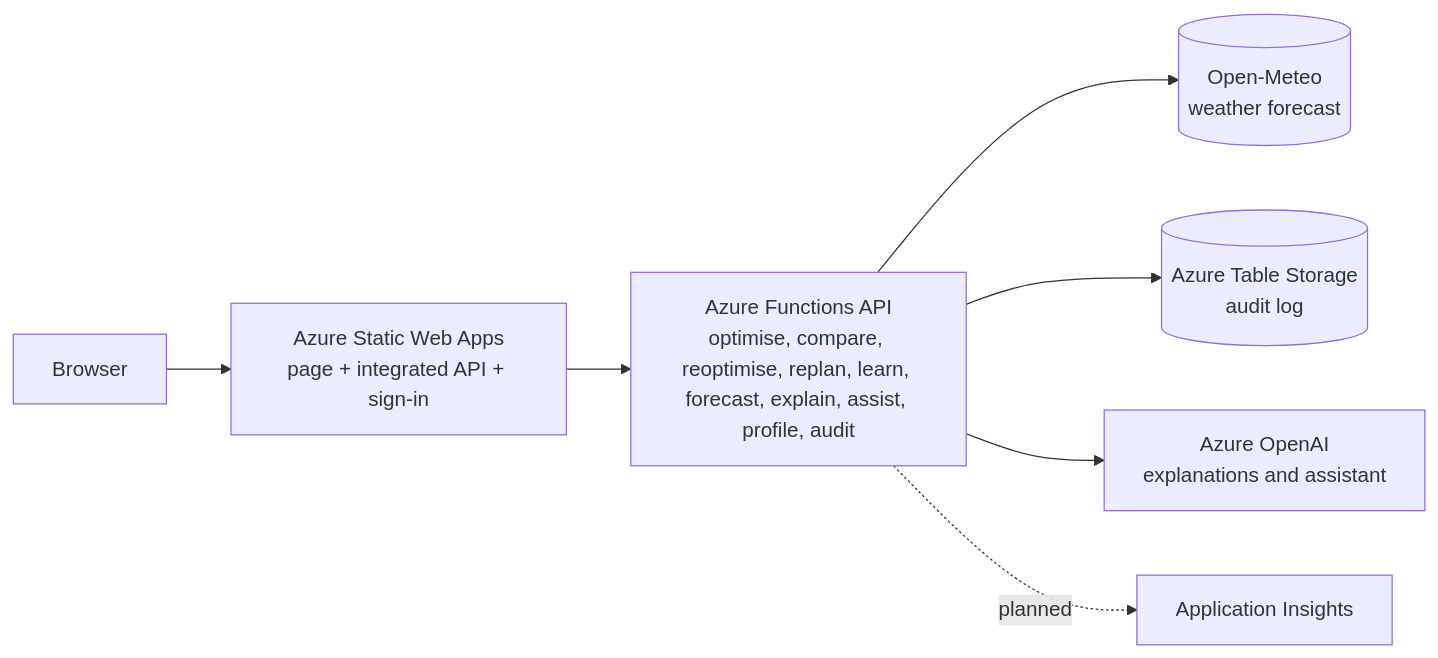
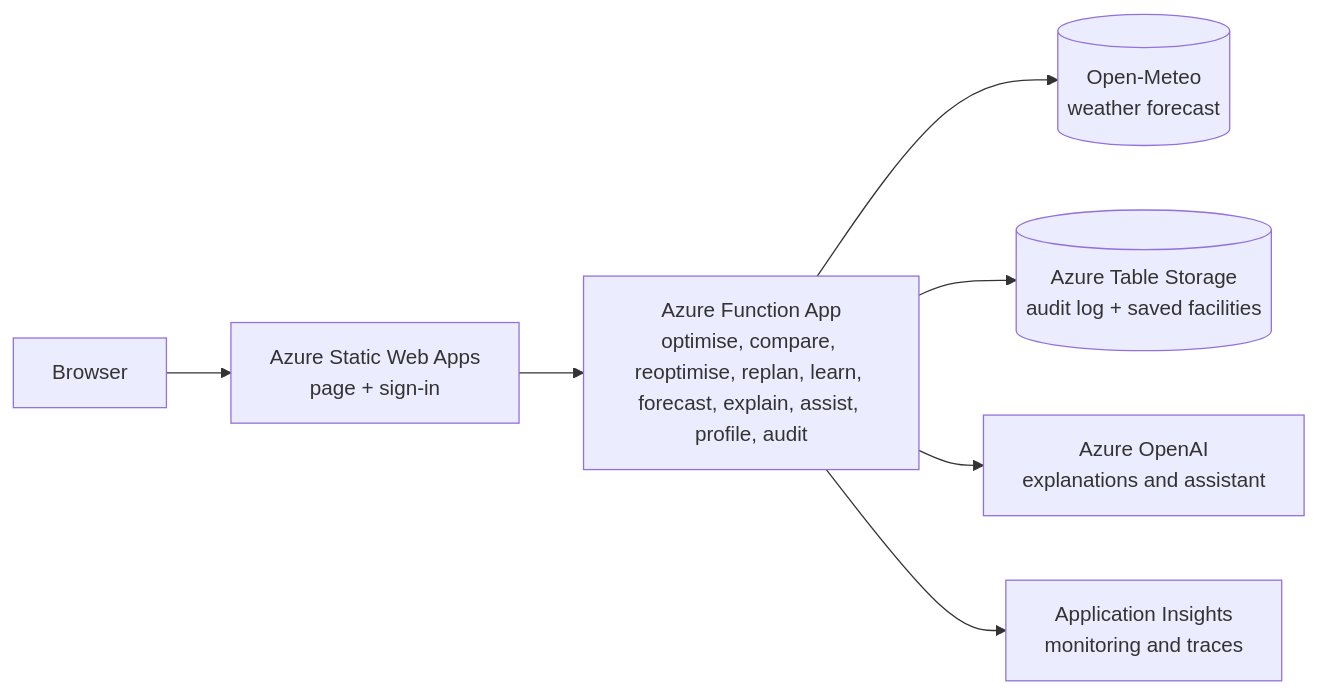
Before and after one commit to Gohn905/AI4: the diagram in README.md, drawn with Mermaid. The commit also changed other lines of this file, not shown here.

````diff
--- a/README.md
+++ b/README.md
@@ -19,9 +29,9 @@
 ```mermaid
 flowchart LR
-  U[Browser] --> SWA[Azure Static Web Apps<br/>page + integrated API + sign-in]
-  SWA --> API[Azure Functions API<br/>optimise, compare, reoptimise, replan, learn, forecast, explain, assist, profile, audit]
+  U[Browser] --> SWA[Azure Static Web Apps<br/>page + sign-in]
+  SWA --> API[Azure Function App<br/>optimise, compare, reoptimise, replan, learn, forecast, explain, assist, profile, audit]
   API --> OM[(Open-Meteo<br/>weather forecast)]
-  API --> TS[(Azure Table Storage<br/>audit log)]
+  API --> TS[(Azure Table Storage<br/>audit log + saved facilities)]
   API --> AI[Azure OpenAI<br/>explanations and assistant]
-  API -.planned.-> AIN[Application Insights]
+  API --> AIN[Application Insights<br/>monitoring and traces]
 ```
````
